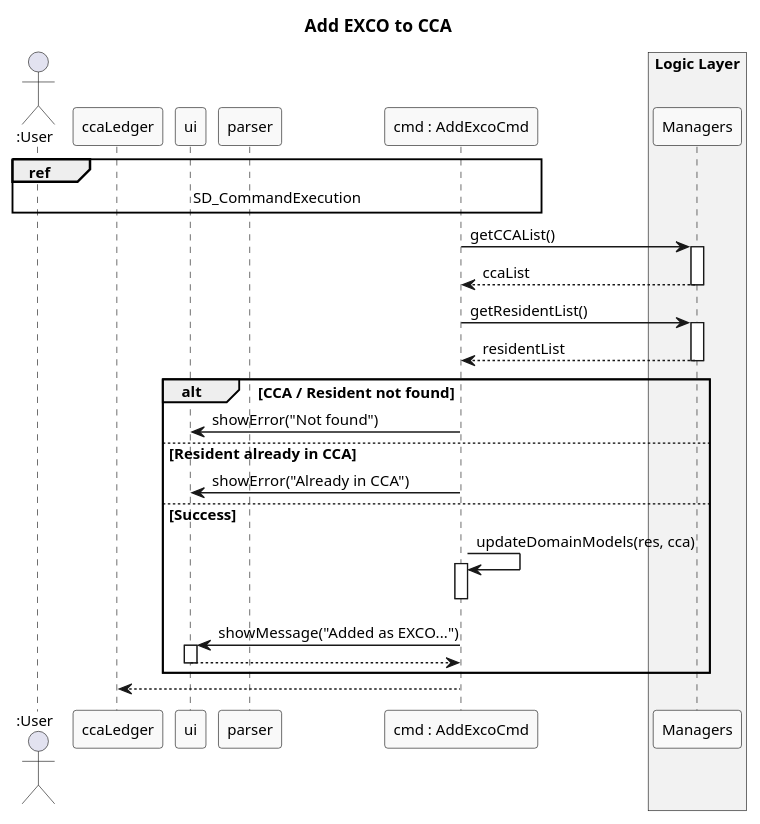
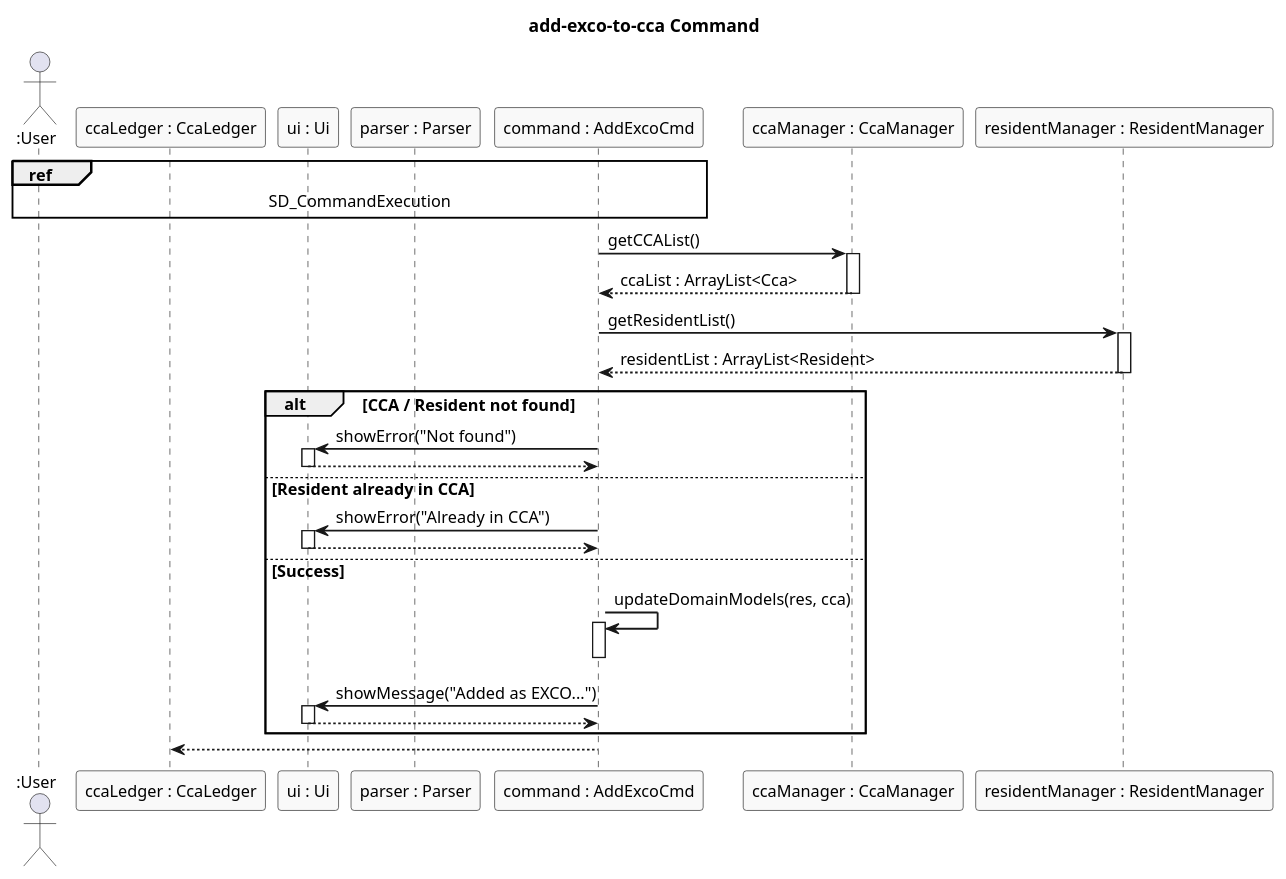
One commit to AaravBaori/tp changed the diagram in docs/images/add-exco-to-cca-new.puml. Above: the diagram before and after it, drawn with PlantUML. The commit also changed 1 other file, not shown here.

Commit message:
Resize sequence diagrams in DG

```diff
--- a/docs/images/add-exco-to-cca-new.puml
+++ b/docs/images/add-exco-to-cca-new.puml
@@ -1,53 +1,59 @@
 @startuml add-exco-to-cca
 
-skinparam defaultFontSize 12
-skinparam SequenceArrowThickness 1.2
+' Match the styling of the add-event diagram
+skinparam defaultFontSize 13
+skinparam SequenceArrowThickness 1.5
 skinparam SequenceParticipantBackgroundColor #f9f9f9
-skinparam maxMessageSize 300
 
-title Add EXCO to CCA
+title add-exco-to-cca Command
 
 actor ":User" as User
-participant "ccaLedger" as CL
-participant "ui" as Ui
-participant "parser" as Parser
-participant "cmd : AddExcoCmd" as Command
+participant "ccaLedger : CcaLedger" as CL
+participant "ui : Ui" as Ui
+participant "parser : Parser" as Parser
+participant "command : AddExcoCmd" as Command
+participant "ccaManager : CcaManager" as CcaManager
+participant "residentManager : ResidentManager" as ResidentManager
 
-box "Logic Layer" #f2f2f2
-    participant "Managers" as MGR
-end box
+ref over User, CL, Ui, Parser, Command
+  SD_CommandExecution
+end ref
 
-ref over User, CL, Ui, Parser, Command : SD_CommandExecution
+' Data Retrieval spread out to increase width
+Command -> CcaManager : getCCAList()
+activate CcaManager
+CcaManager --> Command : ccaList : ArrayList<Cca>
+deactivate CcaManager
 
-' Data Retrieval
-Command -> MGR : getCCAList()
-activate MGR
-MGR --> Command : ccaList
-deactivate MGR
-
-Command -> MGR : getResidentList()
-activate MGR
-MGR --> Command : residentList
-deactivate MGR
+Command -> ResidentManager : getResidentList()
+activate ResidentManager
+ResidentManager --> Command : residentList : ArrayList<Resident>
+deactivate ResidentManager
 
 ' Logic Flow
 alt CCA / Resident not found
     Command -> Ui : showError("Not found")
+    activate Ui
+    Ui --> Command
+    deactivate Ui
 else Resident already in CCA
     Command -> Ui : showError("Already in CCA")
+    activate Ui
+    Ui --> Command
+    deactivate Ui
 else Success
-    ' Showing internal logic as a combined action to save horizontal space
+    ' Explicit internal call
     Command -> Command : updateDomainModels(res, cca)
     activate Command
     deactivate Command
 
     Command -> Ui : showMessage("Added as EXCO...")
     activate Ui
     Ui --> Command
     deactivate Ui
 end
 
 Command --> CL
 deactivate Command
 
 @enduml
```
